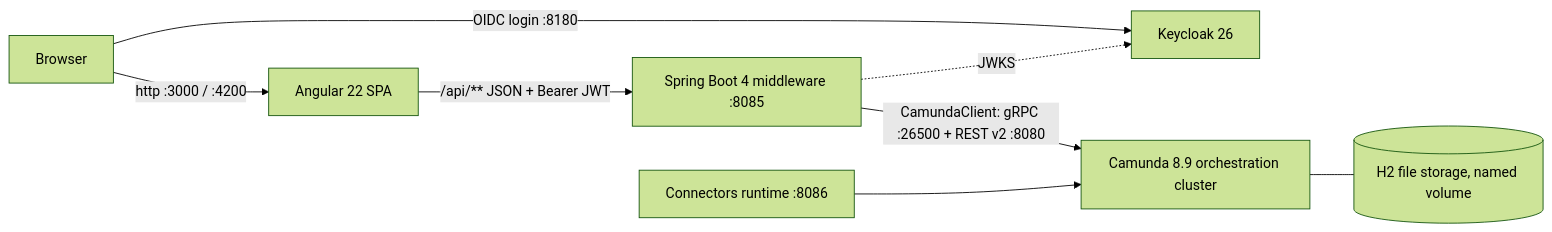
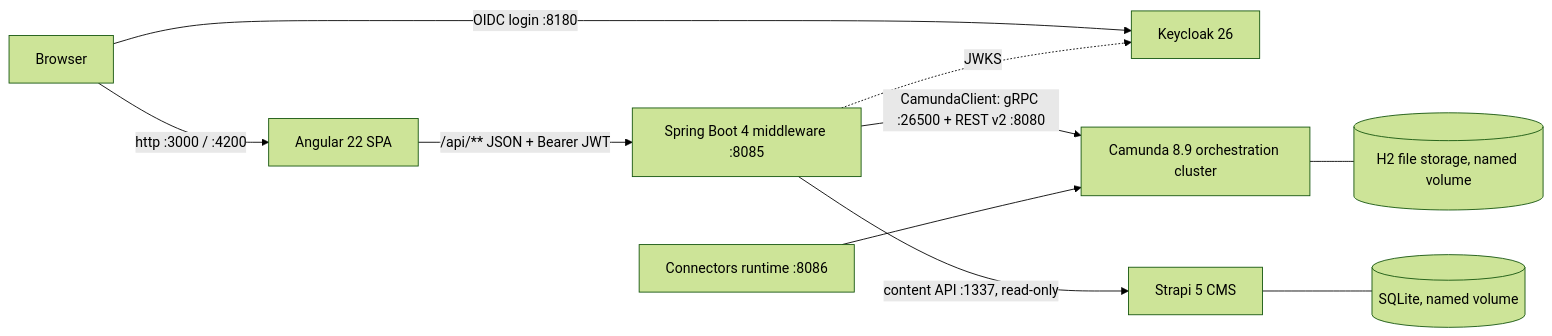
The diagram in docs/architecture.md (krixerx/camunda8-angular-poc), drawn with Mermaid (forest theme) before and after one commit. The commit also changed other lines of this file and 62 other files, not shown here.

First line of the commit message:
Add Strapi service catalog: editorial content merged into /api/services

````diff
--- a/docs/architecture.md
+++ b/docs/architecture.md
@@ -7,10 +7,12 @@
 ```mermaid
 flowchart LR
     Browser -->|http :3000 / :4200| FE[Angular 22 SPA]
     Browser -->|OIDC login :8180| KC[Keycloak 26]
     FE -->|/api/** JSON + Bearer JWT| BE[Spring Boot 4 middleware :8085]
     BE -.->|JWKS| KC
     BE -->|CamundaClient: gRPC :26500 + REST v2 :8080| C8[Camunda 8.9 orchestration cluster]
+    BE -->|content API :1337, read-only| CMS[Strapi 5 CMS]
     CONN[Connectors runtime :8086] --> C8
     C8 --- H2[(H2 file storage, named volume)]
+    CMS --- SQL[(SQLite, named volume)]
 ```
````
